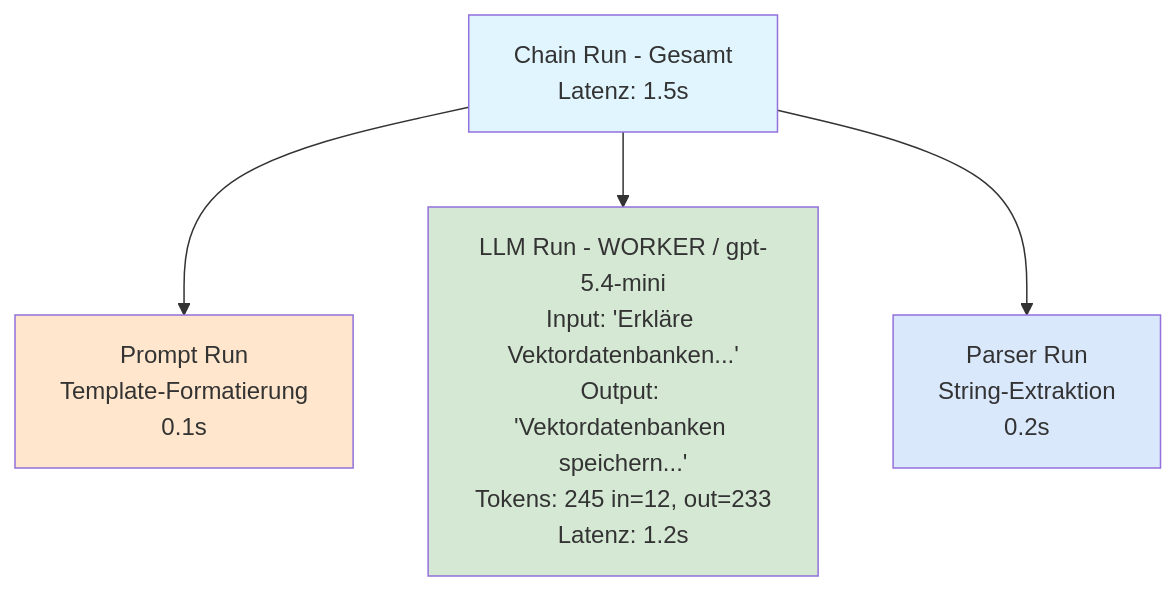
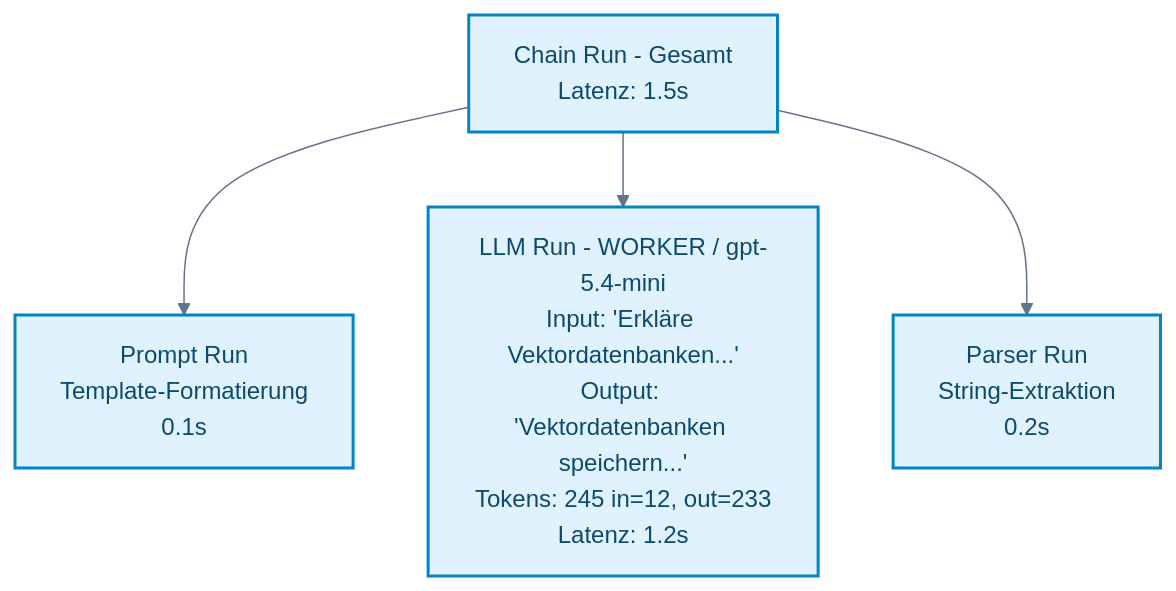
Before and after one commit to ralf-42/GenAI: the third of 5 diagrams in docs/06-frameworks/einsteiger-langsmith.md, drawn with Mermaid. The commit also changed other lines of this file and 25 other files, not shown here.

````diff
--- a/docs/06-frameworks/einsteiger-langsmith.md
+++ b/docs/06-frameworks/einsteiger-langsmith.md
@@ -230,16 +261,31 @@
 ```mermaid
+---
+config:
+  theme: base
+  look: classic
+  themeVariables:
+    primaryColor: '#e0f2fe'
+    primaryBorderColor: '#0284c7'
+    primaryTextColor: '#1e293b'
+    lineColor: '#64748b'
+    clusterBkg: '#f8fafc'
+    clusterBorder: '#cbd5e1'
+    noteBkgColor: '#fef3c7'
+    noteBorderColor: '#d97706'
+    noteTextColor: '#78350f'
+    edgeLabelBackground: '#ffffff'
+---
+
 graph TB
     CHAIN[Chain Run - Gesamt<br/>Latenz: 1.5s]
     PROMPT[Prompt Run<br/>Template-Formatierung<br/>0.1s]
     LLM[LLM Run - WORKER / gpt-5.4-mini<br/>Input: 'Erkläre Vektordatenbanken...'<br/>Output: 'Vektordatenbanken speichern...'<br/>Tokens: 245 in=12, out=233<br/>Latenz: 1.2s]
     PARSER[Parser Run<br/>String-Extraktion<br/>0.2s]
 
     CHAIN --> PROMPT
     CHAIN --> LLM
     CHAIN --> PARSER
 
-    style CHAIN fill:#e1f5ff
-    style PROMPT fill:#ffe6cc
-    style LLM fill:#d5e8d4
-    style PARSER fill:#dae8fc
+%% Funktionsfarben nach Mermaid_Best_Practices.md
+classDef default fill:#e0f2fe,stroke:#0284c7,stroke-width:2px,color:#0c4a6e;
 ```
````
